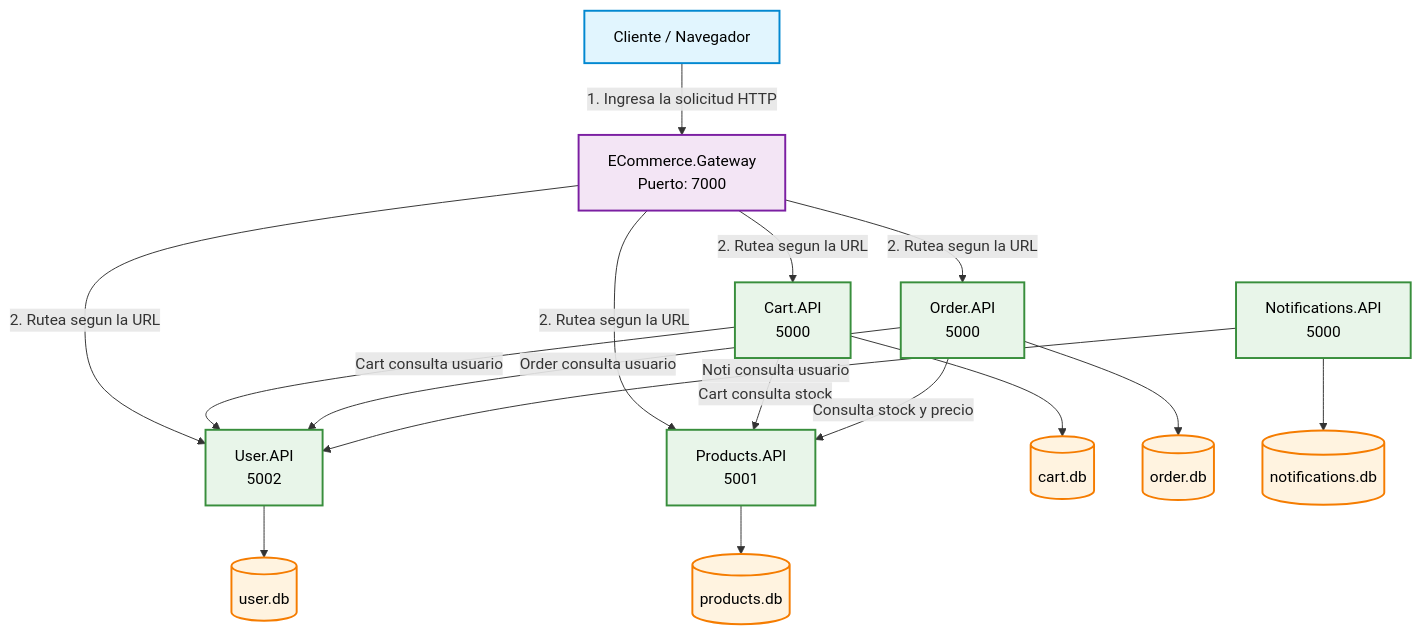
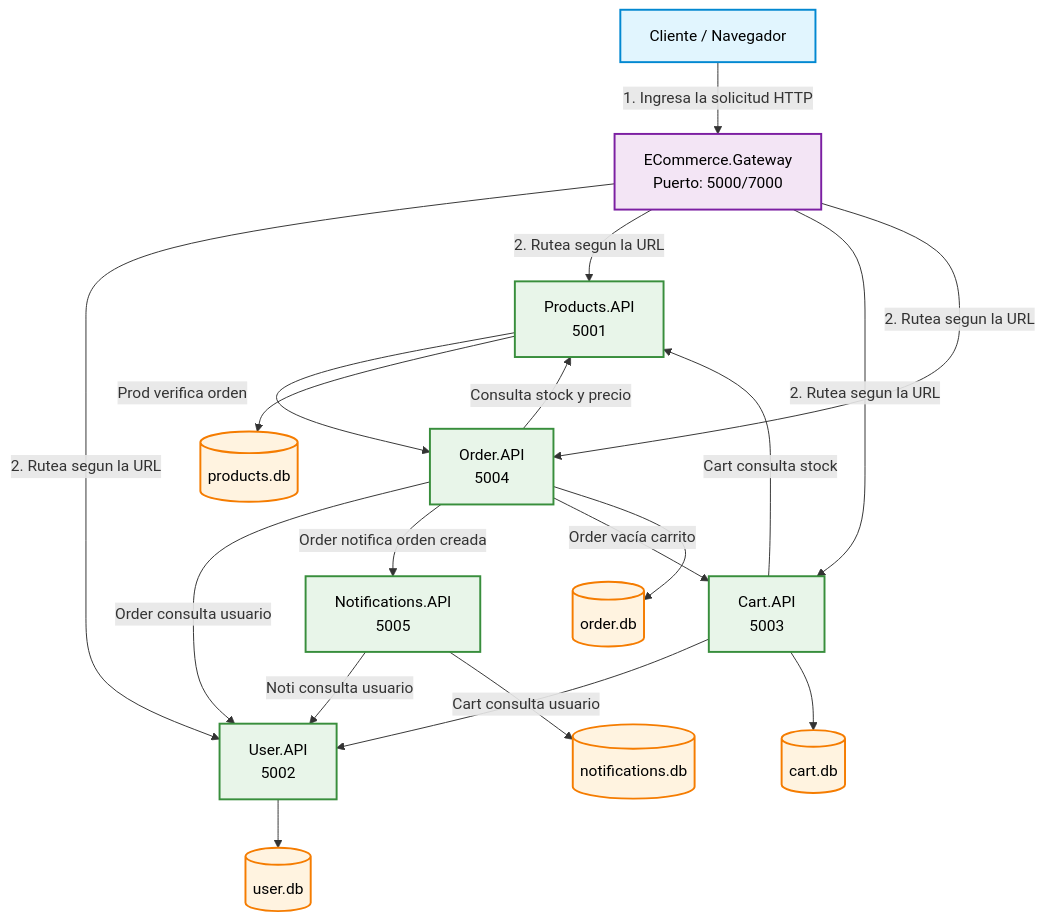
Before and after one commit to s6ntiu/e-CommerceG6: the diagram in README.md, drawn with Mermaid. The commit also changed other lines of this file, not shown here.

````diff
--- a/README.md
+++ b/README.md
@@ -41,47 +57,51 @@
 ```mermaid 
 graph TD
     %% Estilos de los bloques con alto contraste
     classDef usuario fill:#e1f5fe,stroke:#0288d1,stroke-width:2px,color:#000000;
     classDef entrada fill:#f3e5f5,stroke:#7b1fa2,stroke-width:2px,color:#000000;
     classDef api fill:#e8f5e9,stroke:#388e3c,stroke-width:2px,color:#000000;
     classDef db fill:#fff3e0,stroke:#f57c00,stroke-width:2px,color:#000000;
 
     %% Nodos principales
     Cliente[Cliente / Navegador]:::usuario
-    Gateway[ECommerce.Gateway <br> Puerto: 7000]:::entrada
+    Gateway[ECommerce.Gateway <br> Puerto: 5000/7000]:::entrada
     
     UserAPI[User.API <br>5002]:::api
     ProdAPI[Products.API <br>5001]:::api
-    CartAPI[Cart.API <br>5000]:::api
-    OrderAPI[Order.API <br>5000]:::api
-    NotifAPI[Notifications.API <br>5000]:::api
+    CartAPI[Cart.API <br>5003]:::api
+    OrderAPI[Order.API <br>5004]:::api
+    NotifAPI[Notifications.API <br>5005]:::api
 
     UserDB[(user.db)]:::db
     ProdDB[(products.db)]:::db
     CartDB[(cart.db)]:::db
     OrderDB[(order.db)]:::db
     NotifDB[(notifications.db)]:::db
 
     %% Flujo 1: Entrada Externa de la Solicitud
     Cliente -->|1. Ingresa la solicitud HTTP| Gateway
     Gateway -->|2. Rutea segun la URL| UserAPI
     Gateway -->|2. Rutea segun la URL| ProdAPI
     Gateway -->|2. Rutea segun la URL| CartAPI
     Gateway -->|2. Rutea segun la URL| OrderAPI
 
     %% Flujo 2: Comunicacion Interna (Validaciones Directas)
     CartAPI -->|Cart consulta stock| ProdAPI
     CartAPI -->|Cart consulta usuario| UserAPI
+
+    ProdAPI -->|Prod verifica orden| OrderAPI
     
     OrderAPI -->|Consulta stock y precio| ProdAPI
     OrderAPI -->|Order consulta usuario| UserAPI
+    OrderAPI -->|Order notifica orden creada| NotifAPI
+    OrderAPI -->|Order vacía carrito| CartAPI
     
     NotifAPI -->|Noti consulta usuario| UserAPI
 
     %% Flujo 3: Persistencia
     UserAPI --> UserDB
     ProdAPI --> ProdDB
     CartAPI --> CartDB
     OrderAPI --> OrderDB
     NotifAPI --> NotifDB
 ```
````
